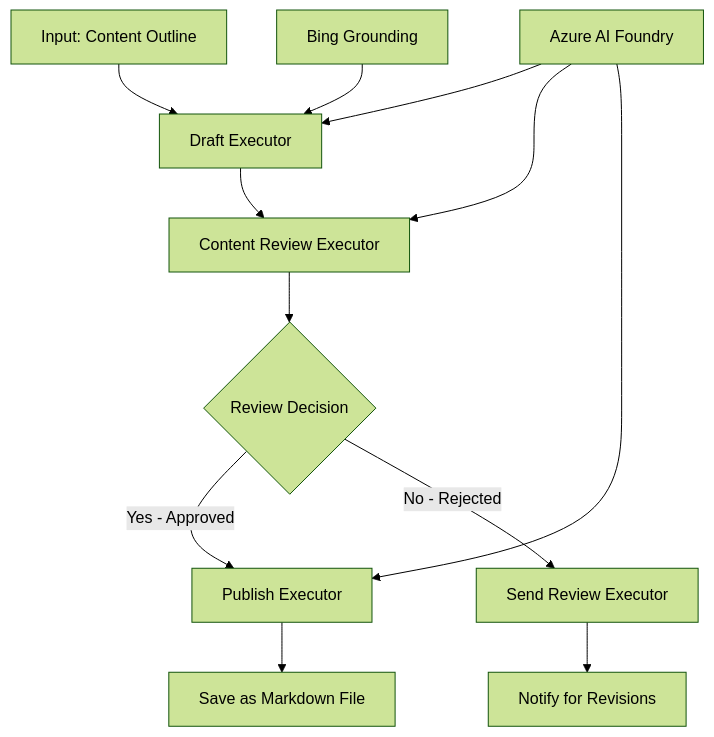
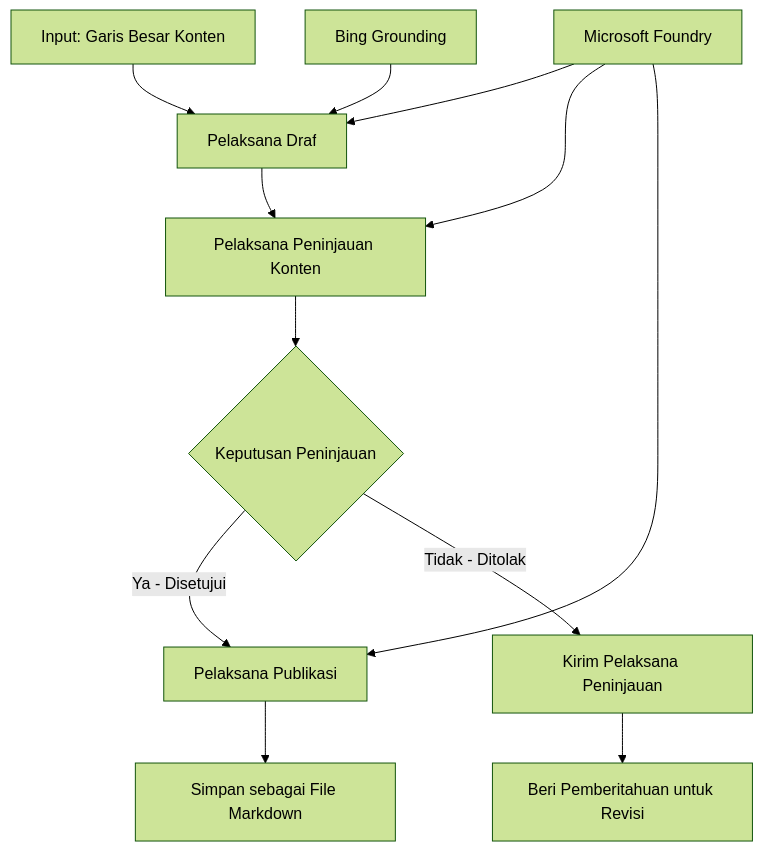
The diagram in translations/id/08-multi-agent/code_samples/workflows-agent-framework/dotNET/04.dotnet-agent-framework-workflow-aifoundry-condition.md (microsoft/ai-agents-for-beginners), drawn with Mermaid (forest theme) before and after one commit. The commit also changed other lines of this file and 222 other files, not shown here.

````diff
--- a/translations/id/08-multi-agent/code_samples/workflows-agent-framework/dotNET/04.dotnet-agent-framework-workflow-aifoundry-condition.md
+++ b/translations/id/08-multi-agent/code_samples/workflows-agent-framework/dotNET/04.dotnet-agent-framework-workflow-aifoundry-condition.md
@@ -78,18 +78,18 @@
 ```mermaid
 graph TD
-    A[Input: Content Outline] --> B[Draft Executor]
-    B --> C[Content Review Executor]
-    C --> D{Review Decision}
+    A[Input: Garis Besar Konten] --> B[Pelaksana Draf]
+    B --> C[Pelaksana Peninjauan Konten]
+    C --> D{Keputusan Peninjauan}
     
-    D -->|Yes - Approved| E[Publish Executor]
-    D -->|No - Rejected| F[Send Review Executor]
+    D -->|Ya - Disetujui| E[Pelaksana Publikasi]
+    D -->|Tidak - Ditolak| F[Kirim Pelaksana Peninjauan]
     
-    E --> G[Save as Markdown File]
-    F --> H[Notify for Revisions]
+    E --> G[Simpan sebagai File Markdown]
+    F --> H[Beri Pemberitahuan untuk Revisi]
     
-    I[Azure AI Foundry] --> B
+    I[Microsoft Foundry] --> B
     I --> C
     I --> E
     
     J[Bing Grounding] --> B
 ```
````
